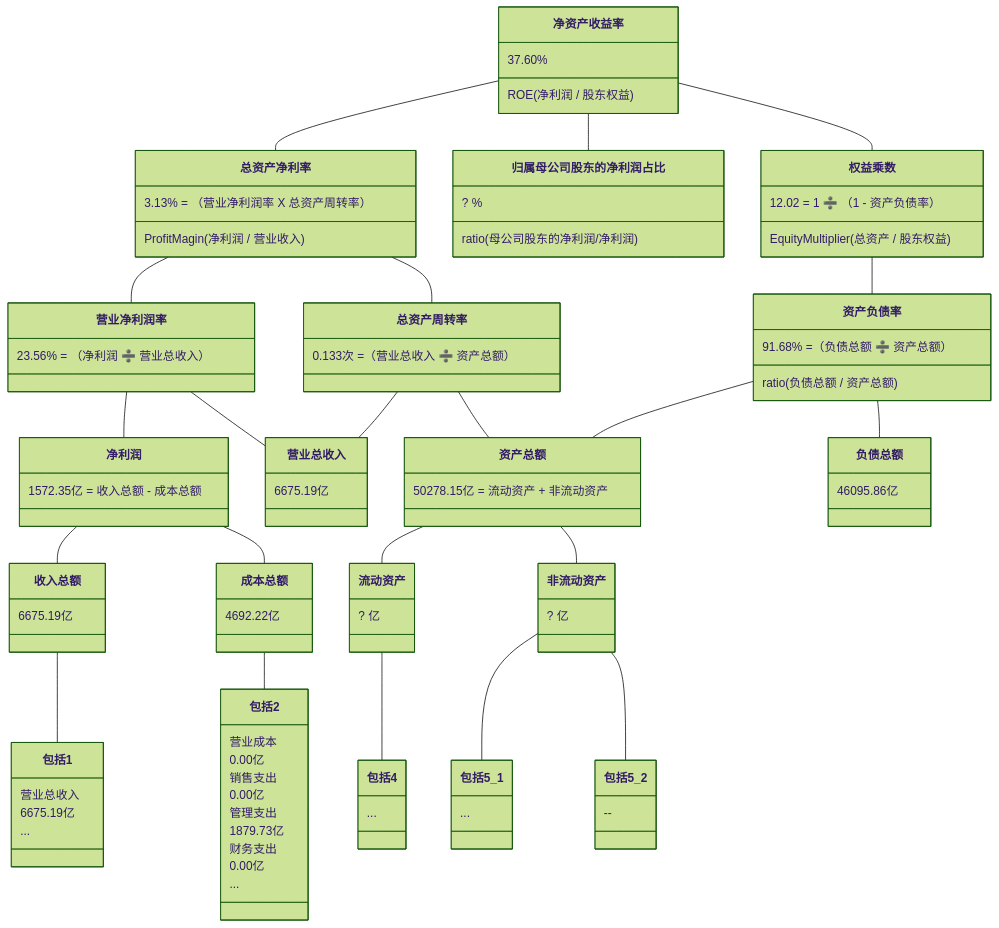
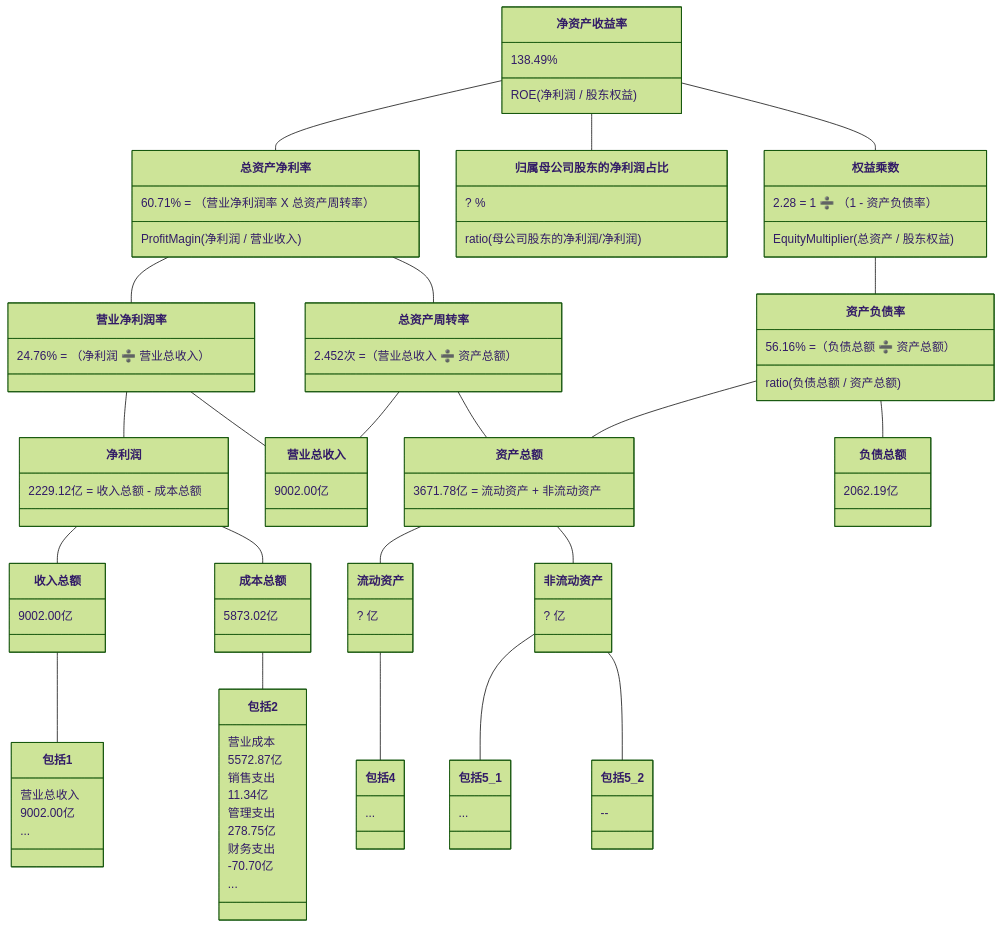
One commit to TheVeryDarkness/cs410 changed the sixth of 10 diagrams in 2/2.md. Above: the diagram before and after it, drawn with Mermaid (forest theme). The commit also changed other lines of this file and 1 other file, not shown here.

````diff
--- a/2/2.md
+++ b/2/2.md
@@ -2,64 +340,64 @@
 ```mermaid
 classDiagram
 净资产收益率 -- 总资产净利率
-	净资产收益率 : 37.60%
+	净资产收益率 : 138.49%
 	净资产收益率 : ROE(净利润 /  股东权益)
-	总资产净利率 : 3.13% = （营业净利润率 X 总资产周转率）
+	总资产净利率 : 60.71% = （营业净利润率 X 总资产周转率）
 	总资产净利率 : ProfitMagin(净利润 /  营业收入)
 净资产收益率 -- 归属母公司股东的净利润占比
 	归属母公司股东的净利润占比 : ? %
 	归属母公司股东的净利润占比 : ratio(母公司股东的净利润/净利润)
 净资产收益率 -- 权益乘数
-	权益乘数 : 12.02 = 1 ➗ （1 - 资产负债率）
+	权益乘数 : 2.28 = 1 ➗ （1 - 资产负债率）
 	权益乘数 : EquityMultiplier(总资产 /  股东权益)
-	
+
 总资产净利率 -- 营业净利润率
-	营业净利润率 : 23.56% = （净利润 ➗ 营业总收入）
+	营业净利润率 : 24.76% = （净利润 ➗ 营业总收入）
 总资产净利率 -- 总资产周转率
-	总资产周转率 : 0.133次 =（营业总收入 ➗ 资产总额）
+	总资产周转率 : 2.452次 =（营业总收入 ➗ 资产总额）
 权益乘数 -- 资产负债率
-	资产负债率  : 91.68% =（负债总额 ➗ 资产总额）
+	资产负债率  : 56.16% =（负债总额 ➗ 资产总额）
 	资产负债率  : ratio(负债总额 / 资产总额)
 
 营业净利润率 -- 净利润
-	净利润 : 1572.35亿 = 收入总额 - 成本总额
+	净利润 : 2229.12亿 = 收入总额 - 成本总额
 营业净利润率 -- 营业总收入
-	营业总收入 : 6675.19亿
+	营业总收入 : 9002.00亿
 总资产周转率 -- 营业总收入
 总资产周转率 -- 资产总额
-	资产总额 : 50278.15亿 = 流动资产 + 非流动资产
+	资产总额 : 3671.78亿 = 流动资产 + 非流动资产
 资产负债率 -- 　负债总额
-	负债总额 : 46095.86亿
+	负债总额 : 2062.19亿
 资产负债率 -- 　资产总额
 
 
 净利润 -- 收入总额
-	收入总额 : 6675.19亿
+	收入总额 : 9002.00亿
 净利润 -- 成本总额
-	成本总额 : 4692.22亿
+	成本总额 : 5873.02亿
 资产总额 -- 流动资产
 	流动资产 : ? 亿
 资产总额 -- 非流动资产
 	非流动资产 : ? 亿
 
 收入总额 -- 包括1
 	包括1 : 营业总收入
-	包括1 : 6675.19亿
+	包括1 : 9002.00亿
 	包括1 : ...
 成本总额 -- 包括2
 	包括2 : 营业成本
-	包括2 : 0.00亿
+	包括2 : 5572.87亿
 	包括2 : 销售支出
-	包括2 : 0.00亿
+	包括2 : 11.34亿
 	包括2 : 管理支出
-	包括2 : 1879.73亿
+	包括2 : 278.75亿
 	包括2 : 财务支出
-	包括2 : 0.00亿
+	包括2 : -70.70亿
 	包括2 : ...
 流动资产 -- 包括4
 	包括4 : ...
 非流动资产 -- 包括5_1
 	包括5_1 : ...
 非流动资产 -- 包括5_2
 	包括5_2 : --
 ```
````
